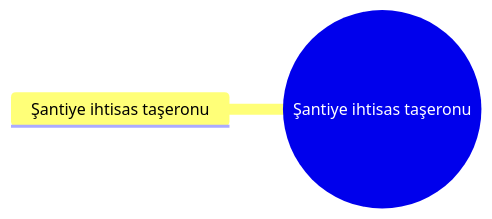
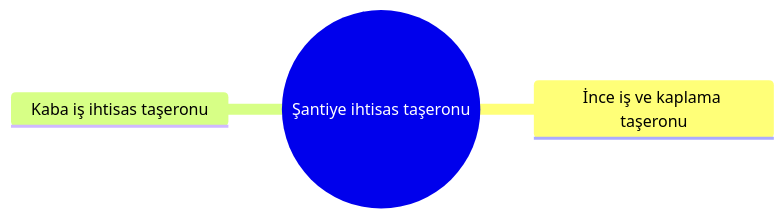
One commit to sametkarabulut-dev/xfuturepos-v2 changed the diagram in 02 İşletmeler/10 İnşaat & Yapı/Şantiye ihtisas taşeronu/Dal – Şantiye ihtisas taşeronu.md. Above: the diagram before and after it, drawn with Mermaid. The commit also changed other lines of this file and 241 other files, not shown here.

````diff
--- a/02 İşletmeler/10 İnşaat & Yapı/Şantiye ihtisas taşeronu/Dal – Şantiye ihtisas taşeronu.md
+++ b/02 İşletmeler/10 İnşaat & Yapı/Şantiye ihtisas taşeronu/Dal – Şantiye ihtisas taşeronu.md
@@ -22,5 +23,6 @@
 ```mermaid
 mindmap
   root((Şantiye ihtisas taşeronu))
-    Şantiye ihtisas taşeronu
+    İnce iş ve kaplama taşeronu
+    Kaba iş ihtisas taşeronu
 ```
````
